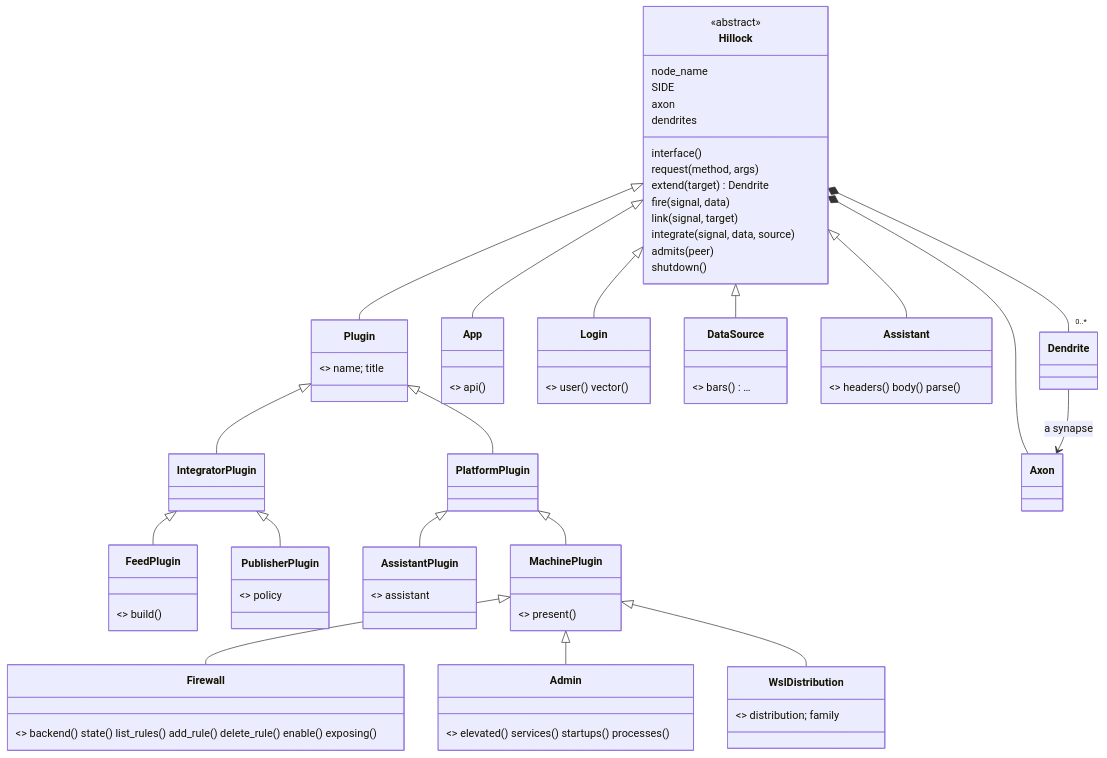
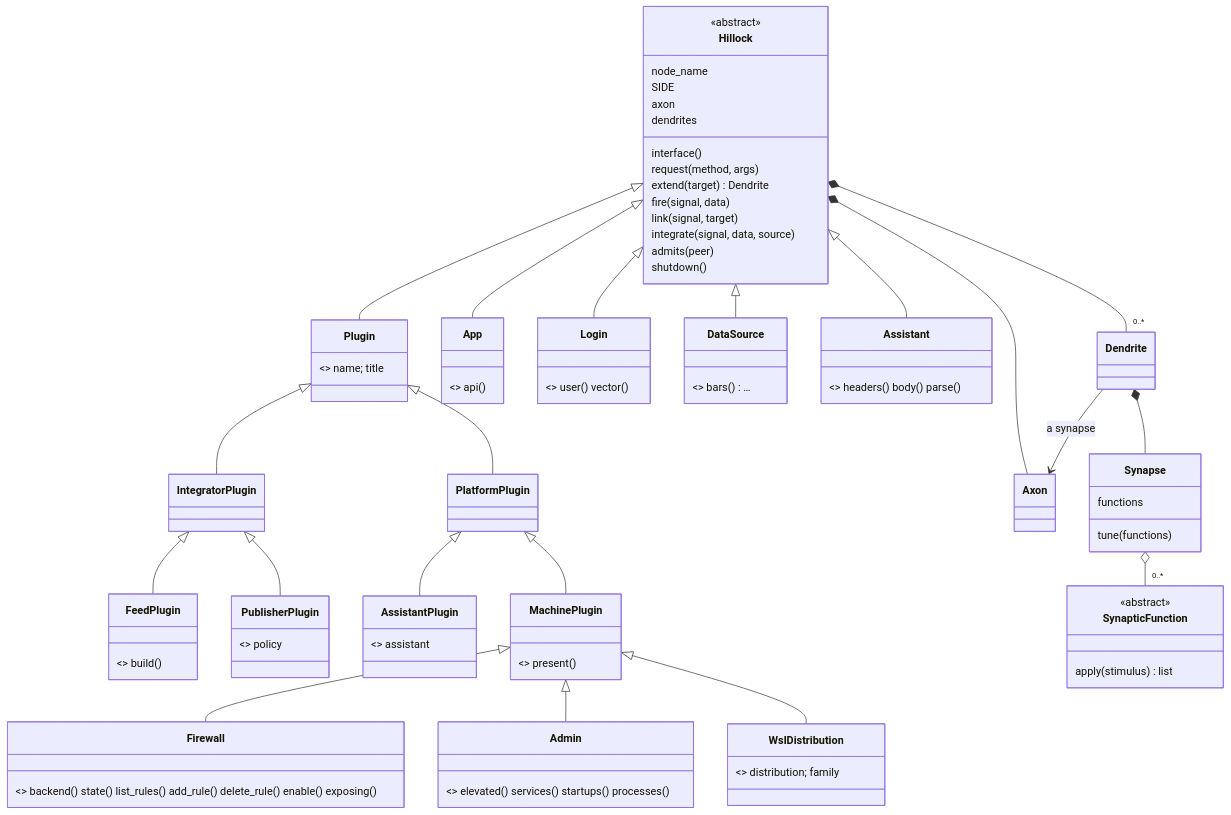
One commit to pcxmac-dev/liminal-libs changed the fifth of 5 diagrams in docs/NETWORK.md. Above: the diagram before and after it, drawn with Mermaid. The commit also changed other lines of this file, not shown here.

First line of the commit message:
docs/NETWORK.md: synaptic functions at each synapse, and the base networking in Rust with Python on top

````diff
--- a/docs/NETWORK.md
+++ b/docs/NETWORK.md
@@ -326,47 +476,57 @@
 ```mermaid
 classDiagram
   class Hillock {
     <<abstract>>
     node_name
     SIDE
     axon
     dendrites
     interface()
     request(method, args)
     extend(target) Dendrite
     fire(signal, data)
     link(signal, target)
     integrate(signal, data, source)
     admits(peer)
     shutdown()
   }
   class Plugin { <<abstract>> name; title }
   class FeedPlugin { <<abstract>> build() }
   class PublisherPlugin { <<abstract>> policy }
   class AssistantPlugin { <<abstract>> assistant }
   class MachinePlugin { <<abstract>> present() }
   class Firewall { <<abstract>> backend() state() list_rules() add_rule() delete_rule() enable() exposing() }
   class Admin { <<abstract>> elevated() services() startups() processes() }
   class WslDistribution { <<abstract>> distribution; family }
   class App { <<abstract>> api() }
   class Login { <<abstract>> user() vector() }
   class DataSource { <<abstract>> bars() … }
   class Assistant { <<abstract>> headers() body() parse() }
   Hillock <|-- Plugin
   Plugin <|-- IntegratorPlugin
   Plugin <|-- PlatformPlugin
   IntegratorPlugin <|-- FeedPlugin
   IntegratorPlugin <|-- PublisherPlugin
   PlatformPlugin <|-- AssistantPlugin
   PlatformPlugin <|-- MachinePlugin
   MachinePlugin <|-- Firewall
   MachinePlugin <|-- Admin
   MachinePlugin <|-- WslDistribution
   Hillock <|-- App
   Hillock <|-- Login
   Hillock <|-- DataSource
   Hillock <|-- Assistant
+  class Synapse {
+    functions
+    tune(functions)
+  }
+  class SynapticFunction {
+    <<abstract>>
+    apply(stimulus) list
+  }
   Hillock *-- Axon
   Hillock *-- "0..*" Dendrite
   Dendrite --> Axon : a synapse
+  Dendrite *-- Synapse
+  Synapse o-- "0..*" SynapticFunction
 ```
````
